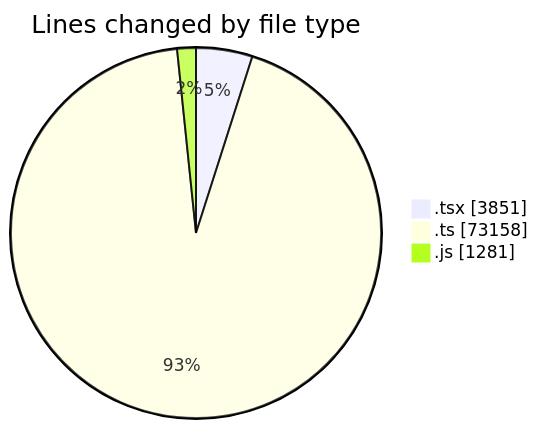
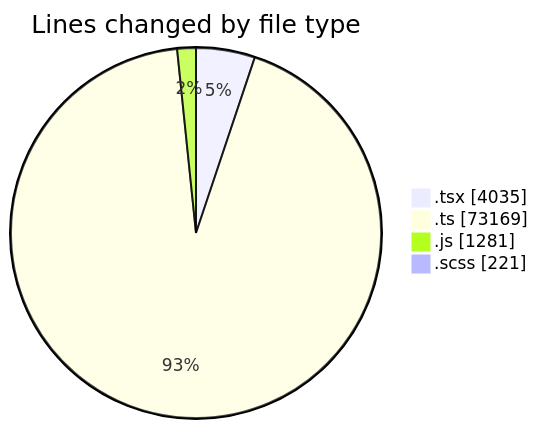
One commit to momahboobian/code-tracking changed the first of 2 diagrams in 2026-11-09/cda/README.md. Above: the diagram before and after it, drawn with Mermaid. The commit also changed other lines of this file and 1 other file, not shown here.

````diff
--- a/2026-11-09/cda/README.md
+++ b/2026-11-09/cda/README.md
@@ -55,7 +58,8 @@
 ```mermaid
 pie showData
 title Lines changed by file type
-".tsx" : 3851
-".ts" : 73158
+".tsx" : 4035
+".ts" : 73169
 ".js" : 1281
+".scss" : 221
 ```
````
